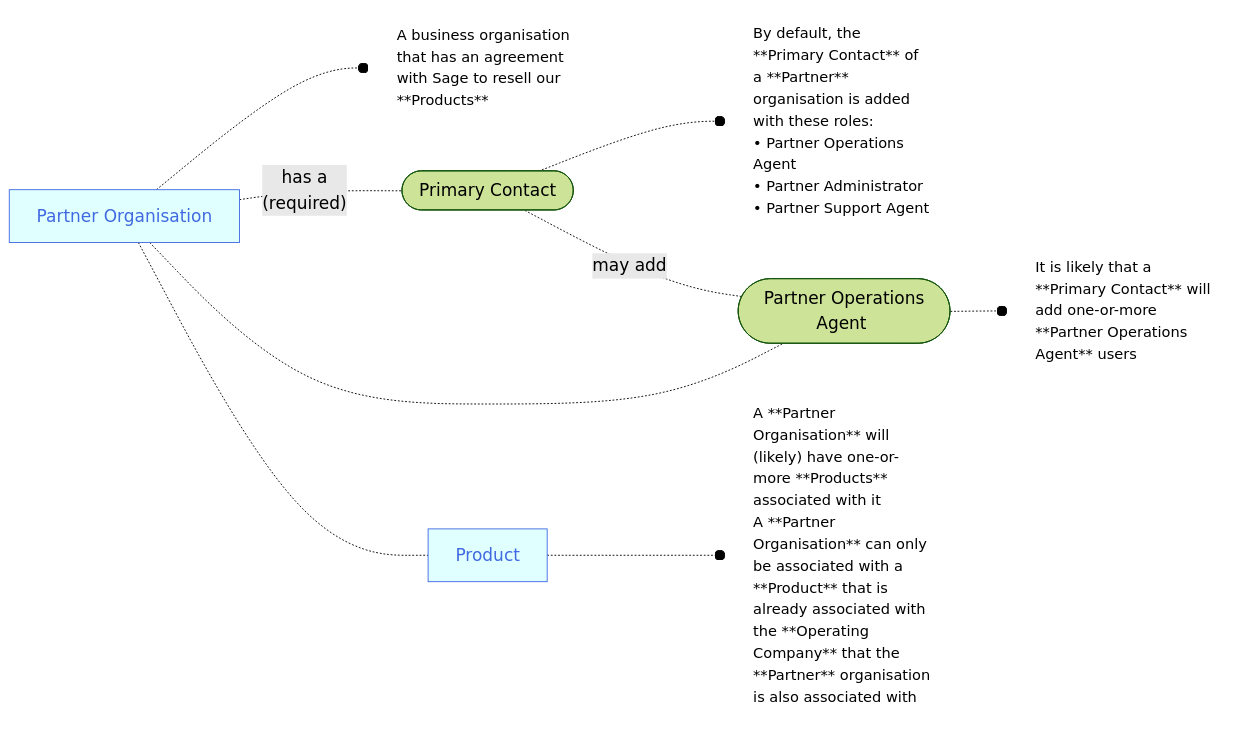
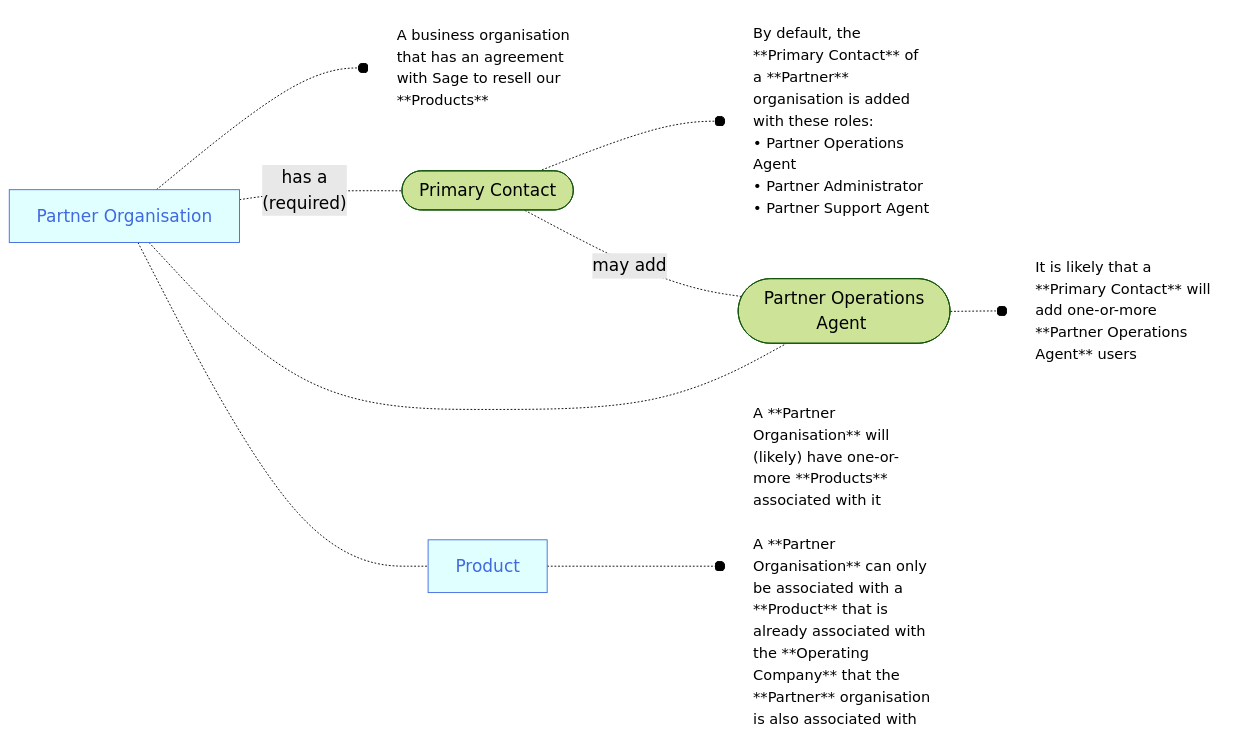
The diagram in 2025_Sage/11_What is a Partner organisation.mdx (joe-dorward/samples), drawn with Mermaid before and after one commit.

Commit message:
Update 11_What is a Partner organisation.mdx

````diff
--- a/2025_Sage/11_What is a Partner organisation.mdx
+++ b/2025_Sage/11_What is a Partner organisation.mdx
@@ -3,38 +3,38 @@
 ```mermaid
 %%{
   init: {
     'theme': 'forest',
     'themeVariables': {
       'fontSize':'14pt'
     }
   }
 }%%
 flowchart LR
   classDef Sage fill:seagreen, color:honeydew;
   classDef Noun fill:lightcyan, stroke:royalblue, color:royalblue;
   classDef Note fill:transparent, stroke:white, text-align:left, font-size: 95%;
 
   PARTNER_ORGANISATION_01[&nbsp;Partner Organisation&nbsp;]-.-o
   PARTNER_ORGANISATION_01_NOTE[A business organisation that has an agreement with Sage to resell our **Products**]
 
   PARTNER_ORGANISATION_01[Partner Organisation]-.has a<br/>(required).-
   PRIMARY_CONTACT_01([&nbsp;Primary Contact&nbsp;])-.-o
   PRIMARY_CONTACT_01_NOTE[By default, the **Primary Contact** of a **Partner** organisation is added with these roles:<br/>&bull; Partner Operations Agent<br/>&bull; Partner Administrator<br/>&bull; Partner Support Agent]
 
   PRIMARY_CONTACT_01-.may add.-
   PARTNER_OPERATIONS_AGENT_01([&nbsp;Partner Operations Agent&nbsp;])-.-o
   PARTNER_OPERATIONS_AGENT_01_NOTE[It is likely that a **Primary Contact** will add one-or-more **Partner Operations Agent** users]
 
   PARTNER_ORGANISATION_01-.-
   PARTNER_OPERATIONS_AGENT_01
 
   PARTNER_ORGANISATION_01-.-
   PRODUCT_01["Product"]-.-o
-  PRODUCT_01_NOTE["A **Partner Organisation** will (likely) have one-or-more **Products** associated with it<br/>A **Partner Organisation** can only be associated with a **Product** that is already associated with the **Operating Company** that the **Partner** organisation is also associated with"]
+  PRODUCT_01_NOTE["A **Partner Organisation** will (likely) have one-or-more **Products** associated with it<br/><br/>A **Partner Organisation** can only be associated with a **Product** that is already associated with the **Operating Company** that the **Partner** organisation is also associated with"]
 
   %% ---------- ---------- ---------- ---------- ---------- ---------- ---------- ---------- ---------- ----------
   class PARTNER_ORGANISATION_01,PRODUCT_01 Noun
 
   class PARTNER_ORGANISATION_01_NOTE,PRIMARY_CONTACT_01_NOTE Note
   class PARTNER_OPERATIONS_AGENT_01_NOTE,PRODUCT_01_NOTE Note
 ```
````
